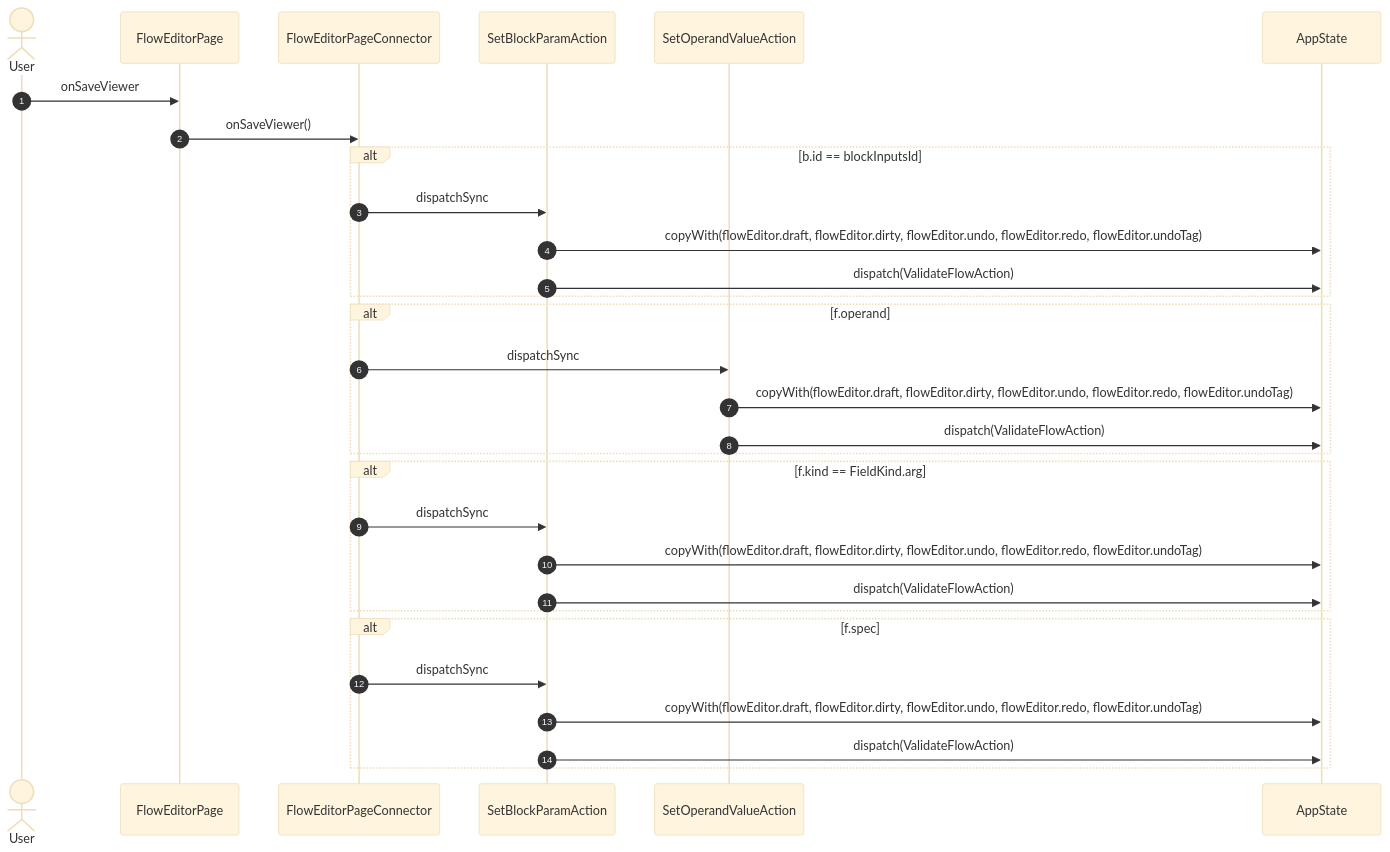
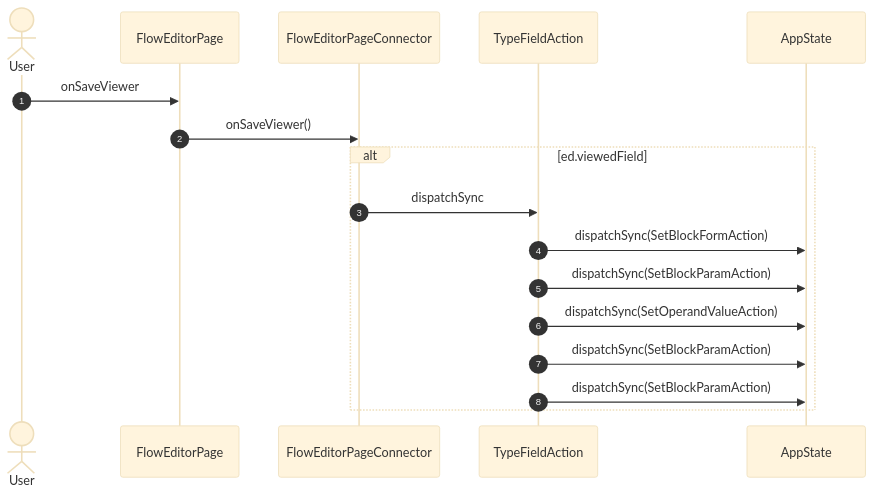
One commit to gencto/wyrm changed diagram 30 of 42 in studio/docs/flows/flowEditor.md. Above: the diagram before and after it, drawn with Mermaid (base theme). The commit also changed other lines of this file and 49 other files, not shown here.

````diff
--- a/studio/docs/flows/flowEditor.md
+++ b/studio/docs/flows/flowEditor.md
@@ -650,33 +565,20 @@
 ```mermaid
 sequenceDiagram
     autonumber
     actor User
     participant UI as FlowEditorPage
     participant VM as FlowEditorPageConnector
-    participant A1 as SetBlockParamAction
-    participant A2 as SetOperandValueAction
+    participant A1 as TypeFieldAction
     participant ST as AppState
 
     User->>UI: onSaveViewer
     UI->>VM: onSaveViewer()
-    alt b.id == blockInputsId
+    alt ed.viewedField
         VM->>A1: dispatchSync
-        A1->>ST: copyWith(flowEditor.draft, flowEditor.dirty, flowEditor.undo, flowEditor.redo, flowEditor.undoTag)
-        A1->>ST: dispatch(ValidateFlowAction)
-    end
-    alt f.operand
-        VM->>A2: dispatchSync
-        A2->>ST: copyWith(flowEditor.draft, flowEditor.dirty, flowEditor.undo, flowEditor.redo, flowEditor.undoTag)
-        A2->>ST: dispatch(ValidateFlowAction)
-    end
-    alt f.kind == FieldKind.arg
-        VM->>A1: dispatchSync
-        A1->>ST: copyWith(flowEditor.draft, flowEditor.dirty, flowEditor.undo, flowEditor.redo, flowEditor.undoTag)
-        A1->>ST: dispatch(ValidateFlowAction)
-    end
-    alt f.spec
-        VM->>A1: dispatchSync
-        A1->>ST: copyWith(flowEditor.draft, flowEditor.dirty, flowEditor.undo, flowEditor.redo, flowEditor.undoTag)
-        A1->>ST: dispatch(ValidateFlowAction)
+        A1->>ST: dispatchSync(SetBlockFormAction)
+        A1->>ST: dispatchSync(SetBlockParamAction)
+        A1->>ST: dispatchSync(SetOperandValueAction)
+        A1->>ST: dispatchSync(SetBlockParamAction)
+        A1->>ST: dispatchSync(SetBlockParamAction)
     end
 ```
````
